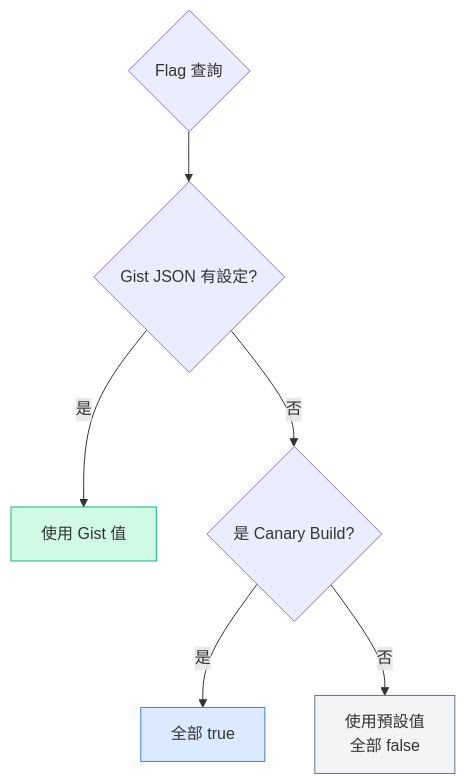
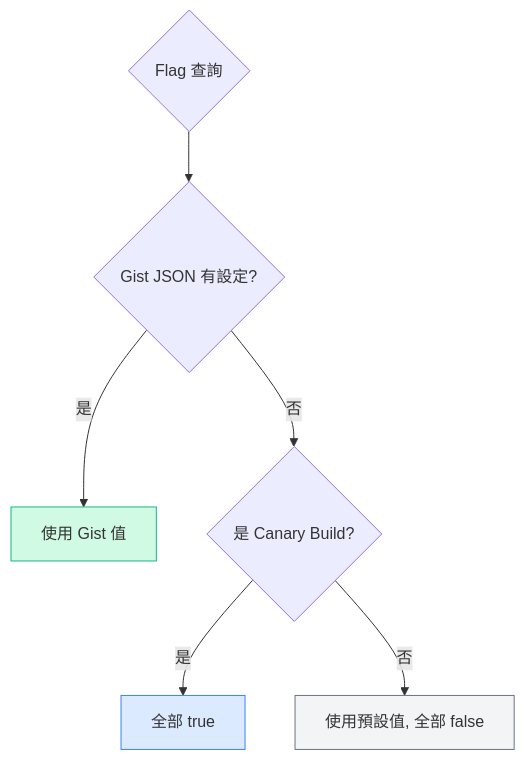
The fourth of 5 diagrams in docs/development-guide.md (NickHuangbeauty/md-reviewer), drawn with Mermaid before and after one commit. The commit also changed other lines of this file, not shown here.

First line of the commit message:
Fix Mermaid syntax in development guide

````diff
--- a/docs/development-guide.md
+++ b/docs/development-guide.md
@@ -206,12 +206,12 @@
 ```mermaid
 flowchart TD
-    Q{Flag 查詢} --> G{Gist JSON 有設定?}
-    G -->|是| R1[使用 Gist 值]
-    G -->|否| C{是 Canary Build?}
-    C -->|是| R2[全部 true]
-    C -->|否| R3[使用預設值<br/>全部 false]
+    Q{"Flag 查詢"} --> G{"Gist JSON 有設定?"}
+    G -->|"是"| R1["使用 Gist 值"]
+    G -->|"否"| C{"是 Canary Build?"}
+    C -->|"是"| R2["全部 true"]
+    C -->|"否"| R3["使用預設值, 全部 false"]
 
     style R1 fill:#d1fae5,stroke:#10b981
     style R2 fill:#dbeafe,stroke:#3b82f6
     style R3 fill:#f3f4f6,stroke:#6b7280
 ```
````
